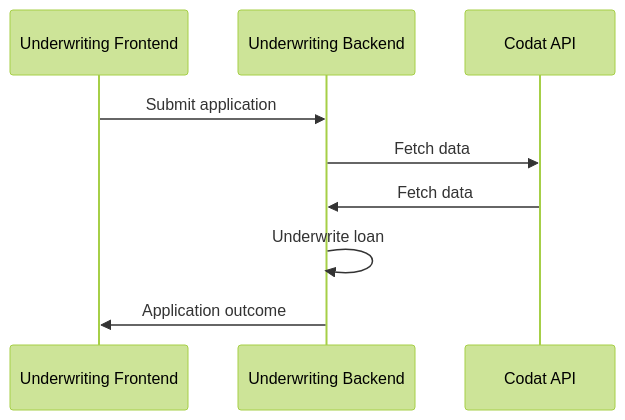
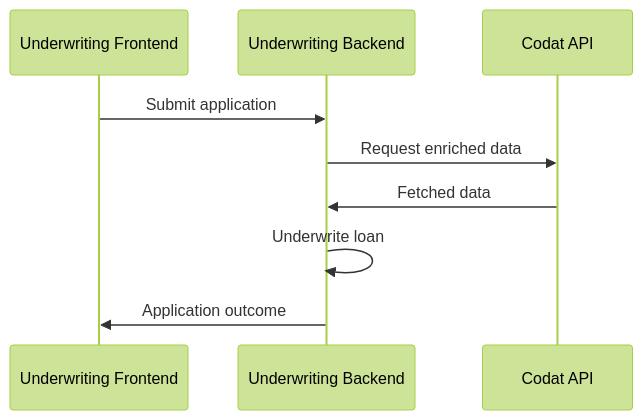
One commit to codatio/codat-docs changed the diagram in docs/underwriting/process-loan.md. Above: the diagram before and after it, drawn with Mermaid (forest theme).

Commit message:
Updated copy in sequence diagram

````diff
--- a/docs/underwriting/process-loan.md
+++ b/docs/underwriting/process-loan.md
@@ -15,11 +15,11 @@
 ``` mermaid
   sequenceDiagram
     participant frontend as Underwriting Frontend 
     participant backend as Underwriting Backend 
     participant codat as Codat API
     frontend ->> backend: Submit application
-    backend ->> codat: Fetch data
-    codat ->> backend: Fetch data
+    backend ->> codat: Request enriched data
+    codat ->> backend: Fetched data
     backend ->> backend: Underwrite loan
     backend ->> frontend: Application outcome
 ```
````
